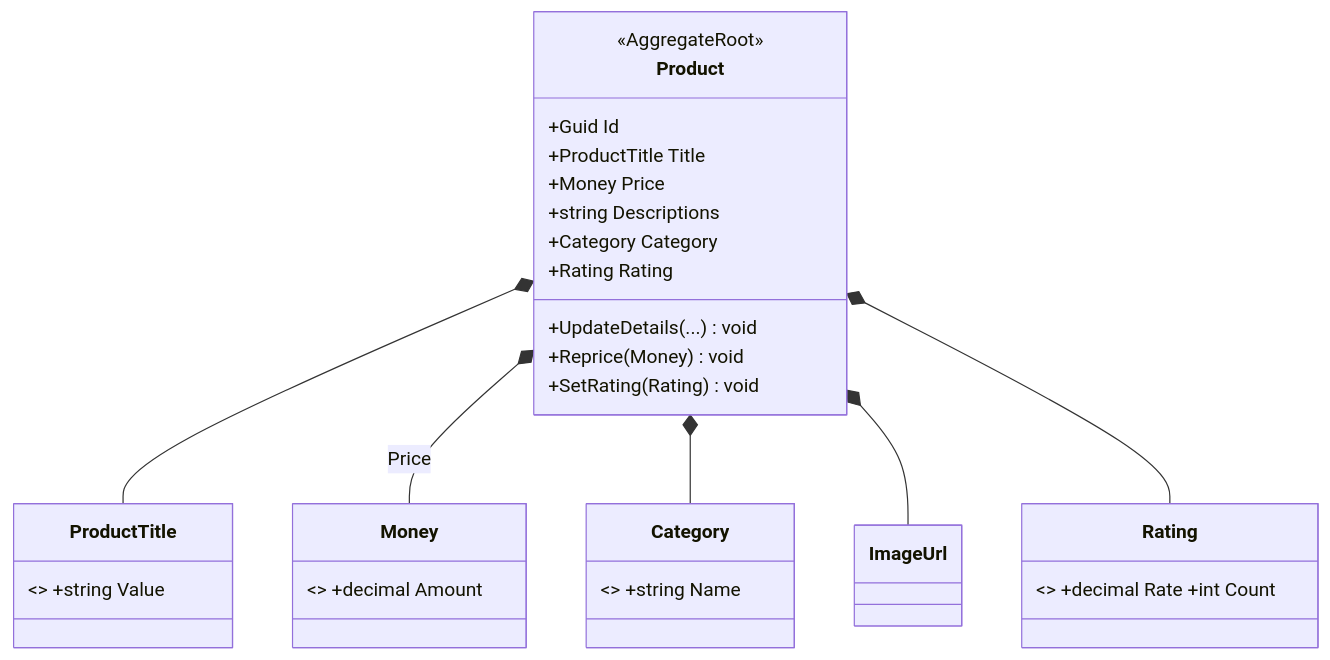
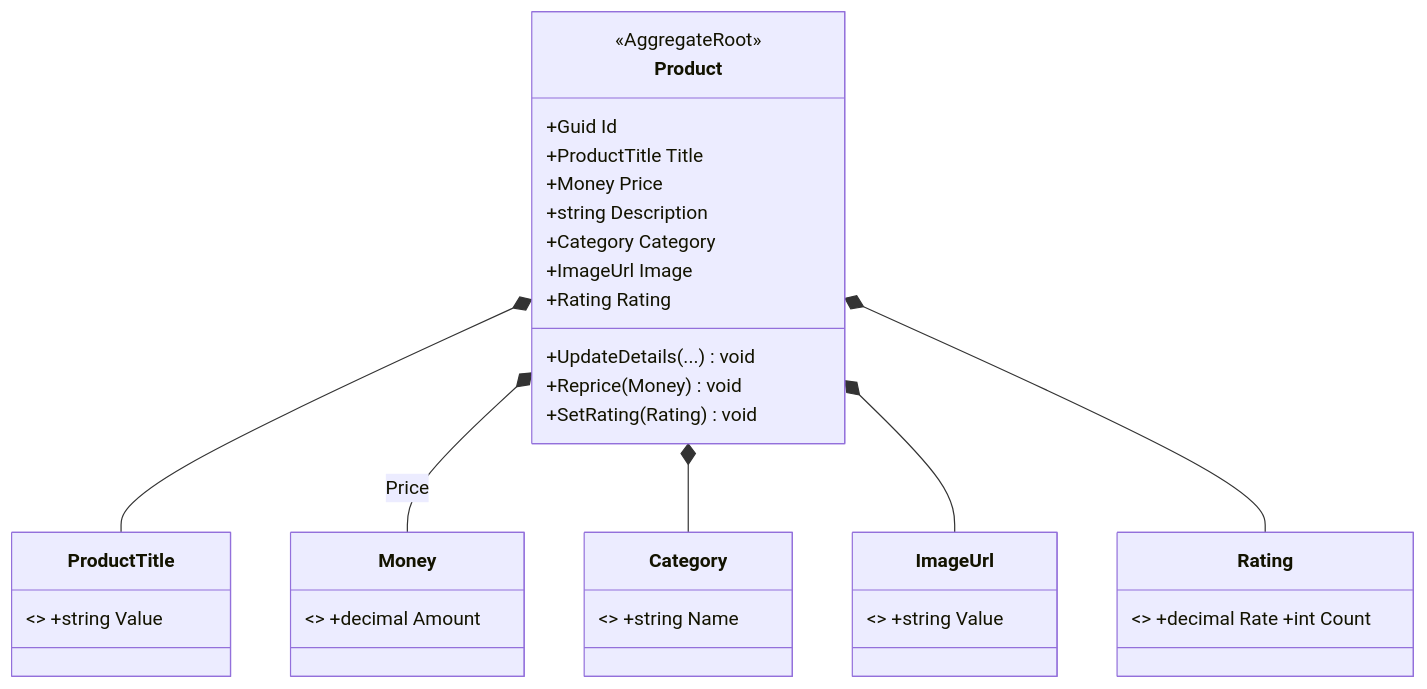
Before and after one commit to dante-escame/abi-gth-omnia-dev-eval: the third of 4 diagrams in .doc/my-own/diagrams.md, drawn with Mermaid. The commit also changed other lines of this file and 1 other file, not shown here.

````diff
--- a/.doc/my-own/diagrams.md
+++ b/.doc/my-own/diagrams.md
@@ -83,25 +82,27 @@
 ```mermaid
 classDiagram
     class Product {
         <<AggregateRoot>>
         +Guid Id
         +ProductTitle Title
         +Money Price
-        +string Descriptions
+        +string Description
         +Category Category
+        +ImageUrl Image
         +Rating Rating
         +UpdateDetails(...) void
         +Reprice(Money) void
         +SetRating(Rating) void
     }
     class ProductTitle { <<ValueObject>> +string Value }
     class Money { <<ValueObject>> +decimal Amount }
     class Category { <<ValueObject>> +string Name }
+    class ImageUrl { <<ValueObject>> +string Value }
     class Rating { <<ValueObject>> +decimal Rate +int Count }
 
     Product *-- ProductTitle
     Product *-- Money : Price
     Product *-- Category
     Product *-- ImageUrl
     Product *-- Rating
 ```
````
